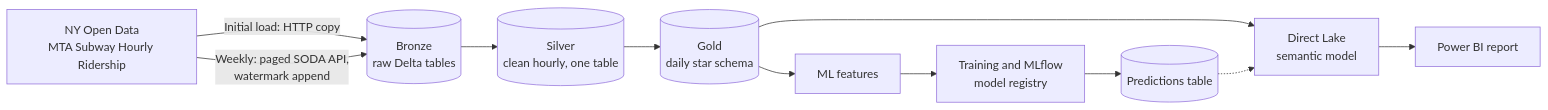
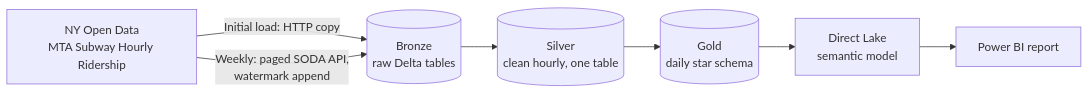
One commit to ShakerFayez/DEPI-Graduation-Project changed the first of 2 diagrams in MTA Ridership Analysis/README.md. Above: the diagram before and after it, drawn with Mermaid. The commit also changed other lines of this file and 3 other files, not shown here.

````diff
--- a/MTA Ridership Analysis/README.md
+++ b/MTA Ridership Analysis/README.md
@@ -99,13 +95,9 @@
 ```mermaid
 flowchart LR
     SRC["NY Open Data<br/>MTA Subway Hourly Ridership"] -->|"Initial load: HTTP copy"| BR[("Bronze<br/>raw Delta tables")]
     SRC -->|"Weekly: paged SODA API,<br/>watermark append"| BR
     BR --> SV[("Silver<br/>clean hourly, one table")]
     SV --> GD[("Gold<br/>daily star schema")]
     GD --> SM["Direct Lake<br/>semantic model"]
     SM --> RP["Power BI report"]
-    GD --> FE["ML features"]
-    FE --> TR["Training and MLflow<br/>model registry"]
-    TR --> PR[("Predictions table")]
-    PR -.-> SM
 ```
````
